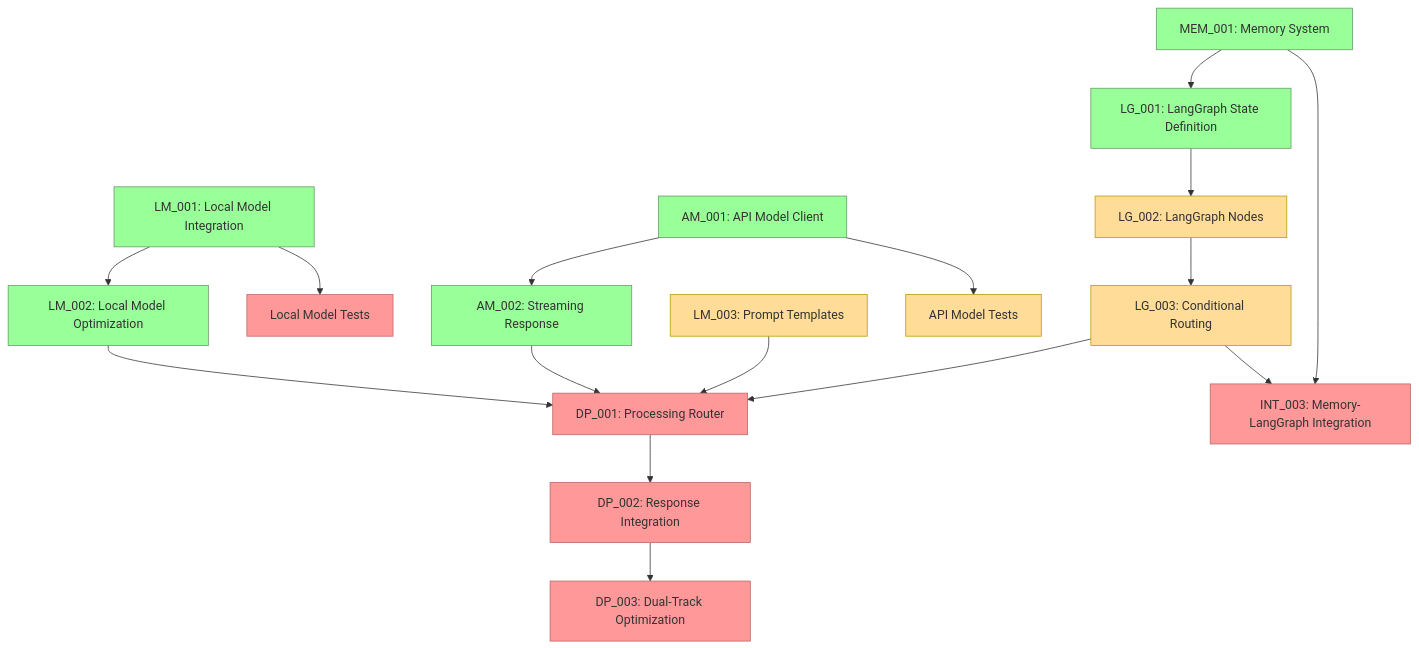
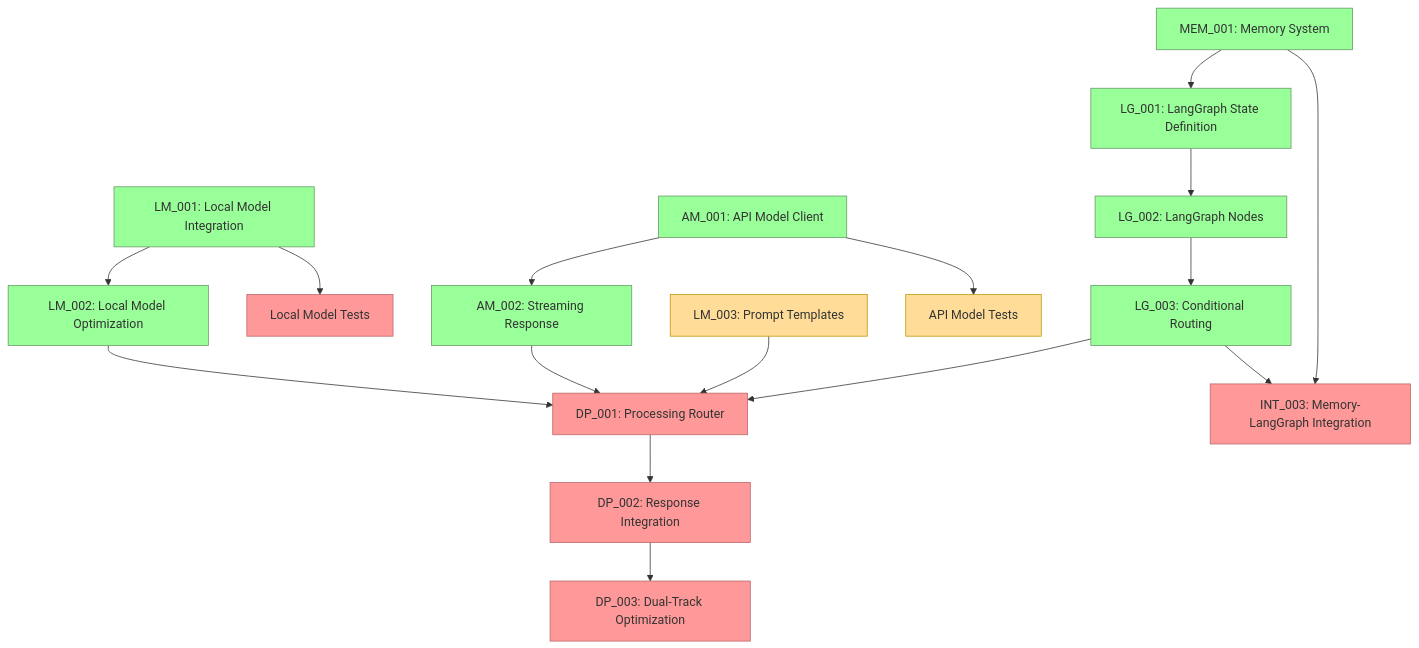
The diagram in SESSION_STATE.md (vigil-313/VANTA-ALPHA), drawn with Mermaid before and after one commit. The commit also changed other lines of this file and 8 other files, not shown here.

First line of the commit message:
Implement complete LangGraph workflow orchestration and update timeline

````diff
--- a/SESSION_STATE.md
+++ b/SESSION_STATE.md
@@ -269,35 +296,35 @@
 ```mermaid
 graph TD
     %% Core Components with Status
     LM001[LM_001: Local Model Integration] --> LM002[LM_002: Local Model Optimization]
     
     AM001[AM_001: API Model Client] --> AM002[AM_002: Streaming Response]
     
     MEM001[MEM_001: Memory System] --> LG001[LG_001: LangGraph State Definition]
     LG001 --> LG002[LG_002: LangGraph Nodes]
     LG002 --> LG003[LG_003: Conditional Routing]
     
     LM002 & AM002 & LG003 --> DP001[DP_001: Processing Router]
     
     LM003[LM_003: Prompt Templates] --> DP001
     
     %% Integration path
     DP001 --> DP002[DP_002: Response Integration]
     DP002 --> DP003[DP_003: Dual-Track Optimization]
     
     %% Memory-LangGraph Integration
     LG003 & MEM001 --> INT003[INT_003: Memory-LangGraph Integration]
     
     %% Testing
     LM001 --> LMTest[Local Model Tests]
     AM001 --> AMTest[API Model Tests]
     
     %% Status styling
     classDef completed fill:#9f9,stroke:#696,stroke-width:1px
     classDef inprogress fill:#fd9,stroke:#b90,stroke-width:1px
     classDef notstarted fill:#f99,stroke:#b66,stroke-width:1px
     
-    class LM001,AM001,MEM001,LM002,AM002,LG001 completed
-    class LM003,AMTest,LG002,LG003 inprogress
+    class LM001,AM001,MEM001,LM002,AM002,LG001,LG002,LG003 completed
+    class LM003,AMTest inprogress
     class INT003,LMTest,DP001,DP002,DP003 notstarted
 ```
````
